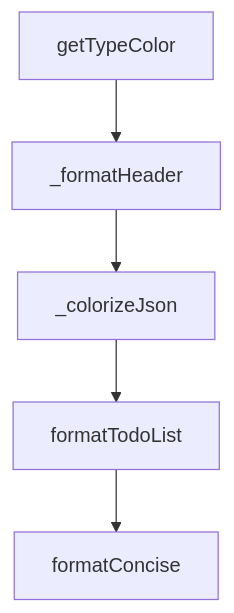
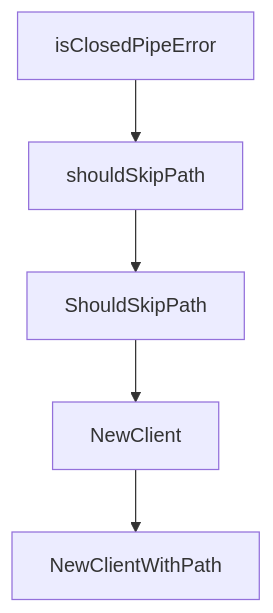
One commit to johnxie/awesome-code-docs changed the diagram in tutorials/humanlayer-tutorial/01-getting-started.md. Above: the diagram before and after it, drawn with Mermaid. The commit also changed other lines of this file and 1232 other files, not shown here.

````diff
--- a/tutorials/humanlayer-tutorial/01-getting-started.md
+++ b/tutorials/humanlayer-tutorial/01-getting-started.md
@@ -210,12 +208,12 @@
 ```mermaid
 flowchart TD
-    A[getTypeColor]
-    B[_formatHeader]
-    C[_colorizeJson]
-    D[formatTodoList]
-    E[formatConcise]
+    A[isClosedPipeError]
+    B[shouldSkipPath]
+    C[ShouldSkipPath]
+    D[NewClient]
+    E[NewClientWithPath]
     A --> B
     B --> C
     C --> D
     D --> E
 ```
````
